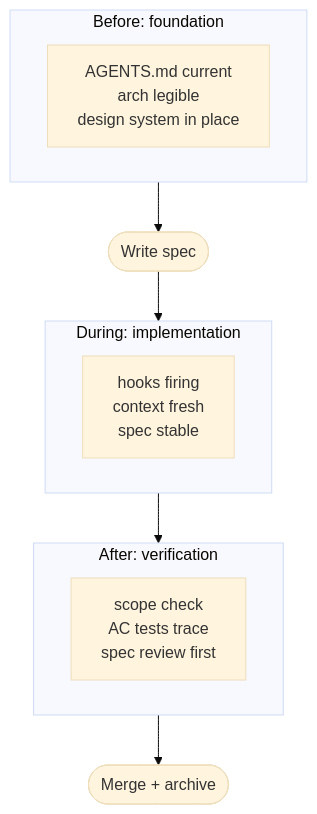
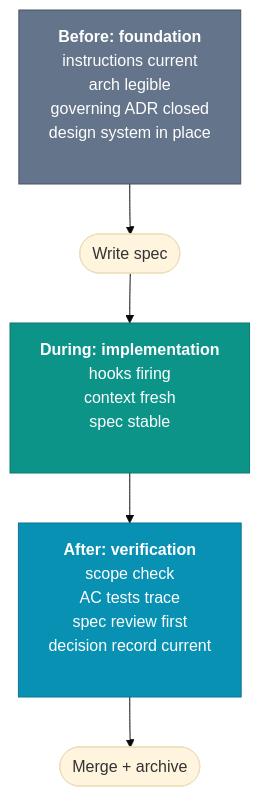
One commit to intent-engineering-for-coding-agents/book changed the diagram in content/quality/checkpoints.md. Above: the diagram before and after it, drawn with Mermaid (base theme). The commit also changed other lines of this file, not shown here.

First line of the commit message:
Add ADR lifecycle checks to the before and after gates

````diff
--- a/content/quality/checkpoints.md
+++ b/content/quality/checkpoints.md
@@ -47,15 +47,11 @@
 ```mermaid
-flowchart TD
-  subgraph before["Before: foundation"]
-    b1["AGENTS.md current\narch legible\ndesign system in place"]
-  end
-  w(["Write spec"])
-  subgraph during["During: implementation"]
-    d1["hooks firing\ncontext fresh\nspec stable"]
-  end
-  subgraph after["After: verification"]
-    a1["scope check\nAC tests trace\nspec review first"]
-  end
-  m(["Merge + archive"])
-  before --> w --> during --> after --> m
+graph TD
+    classDef before fill:#64748b,stroke:#475569,color:#fff
+    classDef during fill:#0d9488,stroke:#0f766e,color:#fff
+    classDef after fill:#0891b2,stroke:#0e7490,color:#fff
+
+    B["<b>Before: foundation</b><br/>instructions current<br/>arch legible<br/>governing ADR closed<br/>design system in place<br/>&nbsp;"]:::before --> W(["Write spec"])
+    W --> D["<b>During: implementation</b><br/>hooks firing<br/>context fresh<br/>spec stable<br/>&nbsp;"]:::during
+    D --> A["<b>After: verification</b><br/>scope check<br/>AC tests trace<br/>spec review first<br/>decision record current<br/>&nbsp;"]:::after
+    A --> M(["Merge + archive"])
 ```
````
